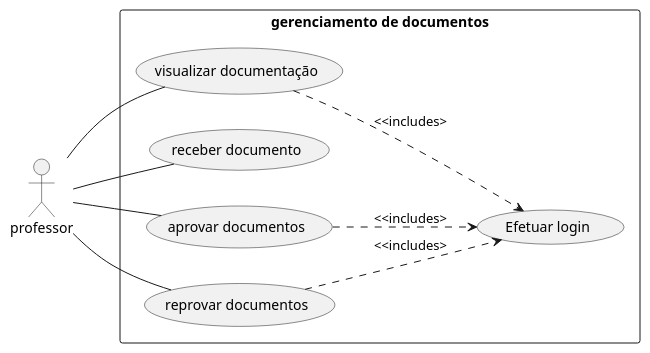
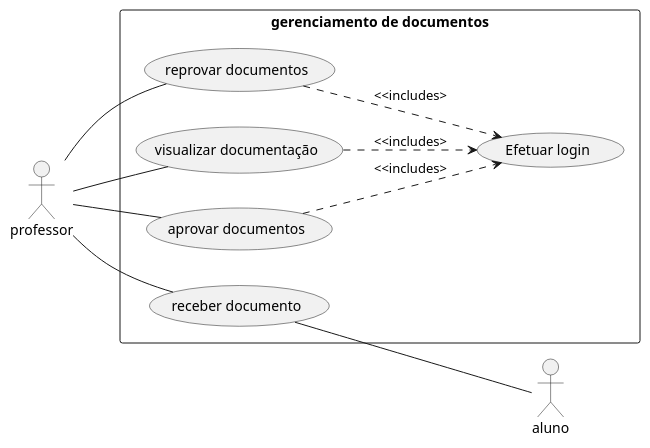
The diagram in usecase/professor/professor-documentation.wsd (rodrigoRolim/CAdiagrams), drawn with PlantUML before and after one commit. The commit also changed 12 other files, not shown here.

```diff
--- a/usecase/professor/professor-documentation.wsd
+++ b/usecase/professor/professor-documentation.wsd
@@ -1,15 +1,17 @@
 @startuml
 left to right direction
 skinparam packagestyle rectangle
 actor professor
+actor aluno
 rectangle "gerenciamento de documentos" {
     professor -- (visualizar documentação)
     professor -- (receber documento)
+    (receber documento) -- aluno
     professor -- (aprovar documentos)
     professor -- (reprovar documentos)
     (visualizar documentação) ..> (Efetuar login): <<includes>
     (aprovar documentos) ..> (Efetuar login): <<includes>
     (reprovar documentos) ..> (Efetuar login): <<includes>
 }
 
 @enduml
```
